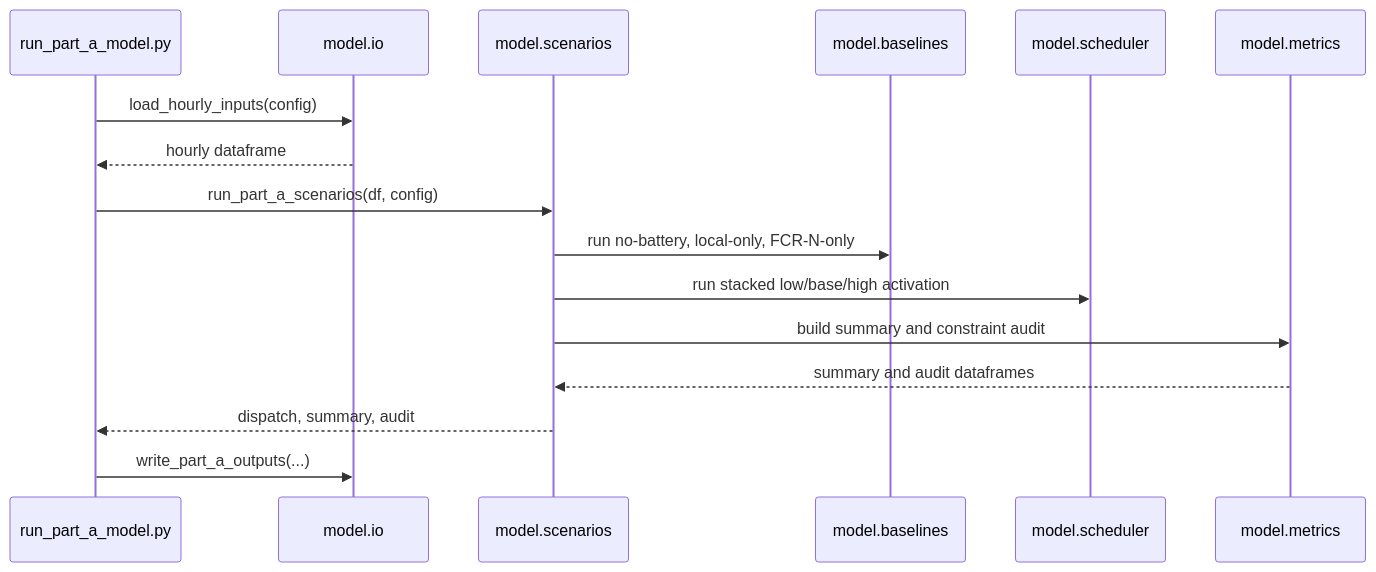
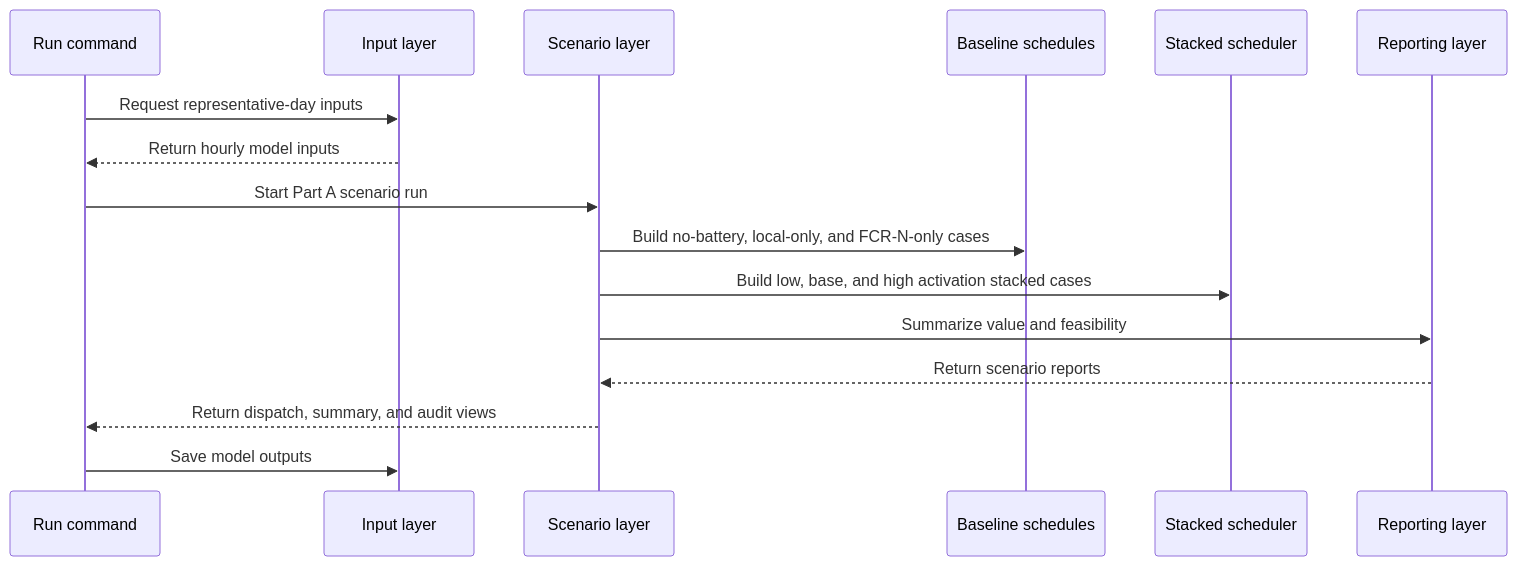
The second of 2 diagrams in docs/IMPLEMENTATION_NOTES.md (KayvanShah1/btm-bess-market-optimizer), drawn with Mermaid before and after one commit. The commit also changed other lines of this file and 1 other file, not shown here.

Commit message:
Refactor data flow diagrams in documentation for clarity and consistency

````diff
--- a/docs/IMPLEMENTATION_NOTES.md
+++ b/docs/IMPLEMENTATION_NOTES.md
@@ -36,19 +36,19 @@
 ```mermaid
 sequenceDiagram
-    participant CLI as run_part_a_model.py
-    participant IO as model.io
-    participant Scenarios as model.scenarios
-    participant Baselines as model.baselines
-    participant Scheduler as model.scheduler
-    participant Metrics as model.metrics
+    participant Runner as Run command
+    participant Inputs as Input layer
+    participant Scenarios as Scenario layer
+    participant Baselines as Baseline schedules
+    participant Scheduler as Stacked scheduler
+    participant Metrics as Reporting layer
 
-    CLI->>IO: load_hourly_inputs(config)
-    IO-->>CLI: hourly dataframe
-    CLI->>Scenarios: run_part_a_scenarios(df, config)
-    Scenarios->>Baselines: run no-battery, local-only, FCR-N-only
-    Scenarios->>Scheduler: run stacked low/base/high activation
-    Scenarios->>Metrics: build summary and constraint audit
-    Metrics-->>Scenarios: summary and audit dataframes
-    Scenarios-->>CLI: dispatch, summary, audit
-    CLI->>IO: write_part_a_outputs(...)
+    Runner->>Inputs: Request representative-day inputs
+    Inputs-->>Runner: Return hourly model inputs
+    Runner->>Scenarios: Start Part A scenario run
+    Scenarios->>Baselines: Build no-battery, local-only, and FCR-N-only cases
+    Scenarios->>Scheduler: Build low, base, and high activation stacked cases
+    Scenarios->>Metrics: Summarize value and feasibility
+    Metrics-->>Scenarios: Return scenario reports
+    Scenarios-->>Runner: Return dispatch, summary, and audit views
+    Runner->>Inputs: Save model outputs
 ```
````
